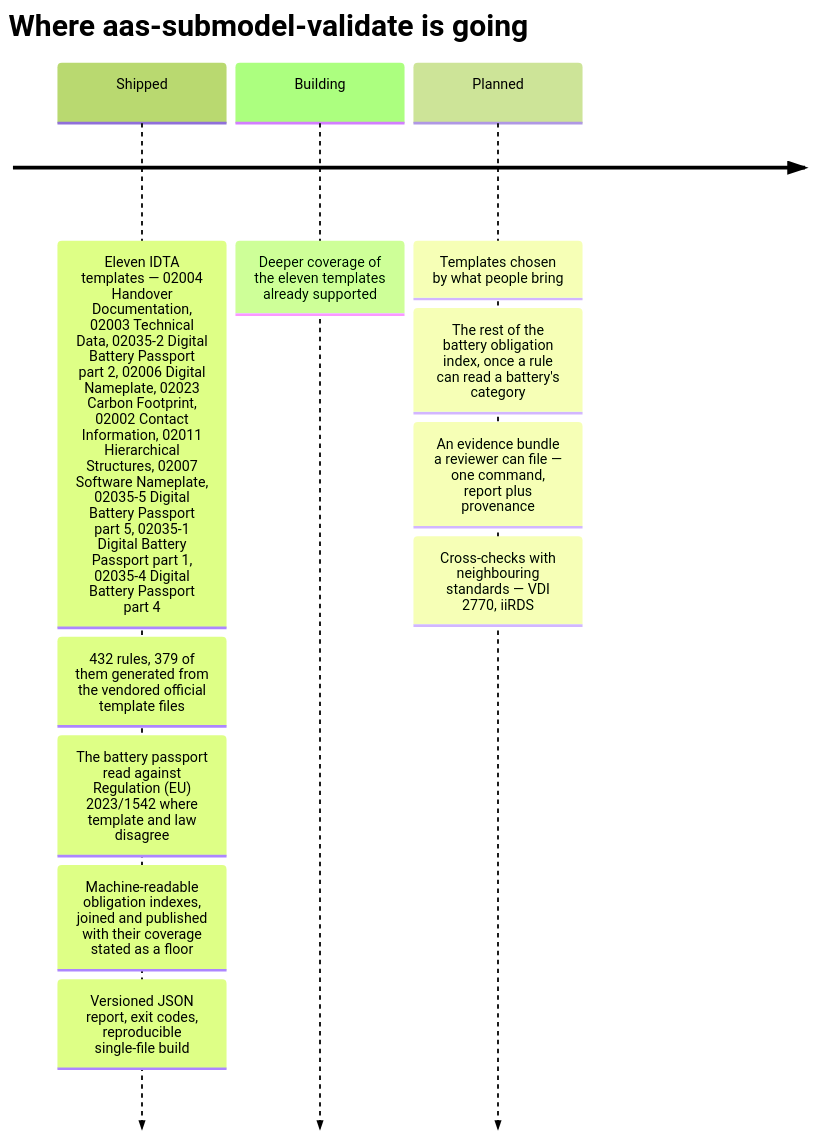
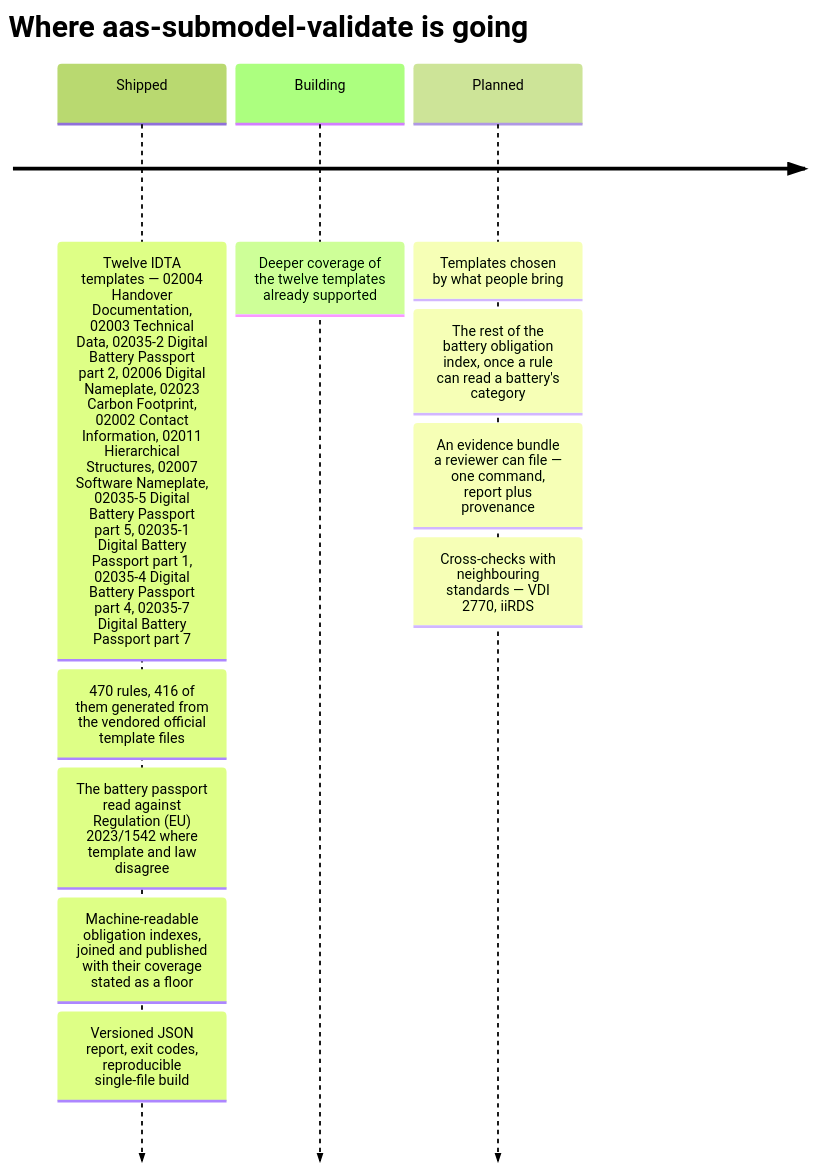
The second of 2 diagrams in README.md (dev365code/aas-submodel-validate), drawn with Mermaid (forest theme) before and after one commit. The commit also changed other lines of this file and 33 other files, not shown here.

````diff
--- a/README.md
+++ b/README.md
@@ -279,14 +279,14 @@
 ```mermaid
 timeline
     title Where aas-submodel-validate is going
-    Shipped : Eleven IDTA templates — 02004 Handover Documentation, 02003 Technical Data, 02035-2 Digital Battery Passport part 2, 02006 Digital Nameplate, 02023 Carbon Footprint, 02002 Contact Information, 02011 Hierarchical Structures, 02007 Software Nameplate, 02035-5 Digital Battery Passport part 5, 02035-1 Digital Battery Passport part 1, 02035-4 Digital Battery Passport part 4
-            : 432 rules, 379 of them generated from the vendored official template files
+    Shipped : Twelve IDTA templates — 02004 Handover Documentation, 02003 Technical Data, 02035-2 Digital Battery Passport part 2, 02006 Digital Nameplate, 02023 Carbon Footprint, 02002 Contact Information, 02011 Hierarchical Structures, 02007 Software Nameplate, 02035-5 Digital Battery Passport part 5, 02035-1 Digital Battery Passport part 1, 02035-4 Digital Battery Passport part 4, 02035-7 Digital Battery Passport part 7
+            : 470 rules, 416 of them generated from the vendored official template files
             : The battery passport read against Regulation (EU) 2023/1542 where template and law disagree
             : Machine-readable obligation indexes, joined and published with their coverage stated as a floor
             : Versioned JSON report, exit codes, reproducible single-file build
-    Building : Deeper coverage of the eleven templates already supported
+    Building : Deeper coverage of the twelve templates already supported
     Planned : Templates chosen by what people bring
             : The rest of the battery obligation index, once a rule can read a battery's category
             : An evidence bundle a reviewer can file — one command, report plus provenance
             : Cross-checks with neighbouring standards — VDI 2770, iiRDS
 ```
````
